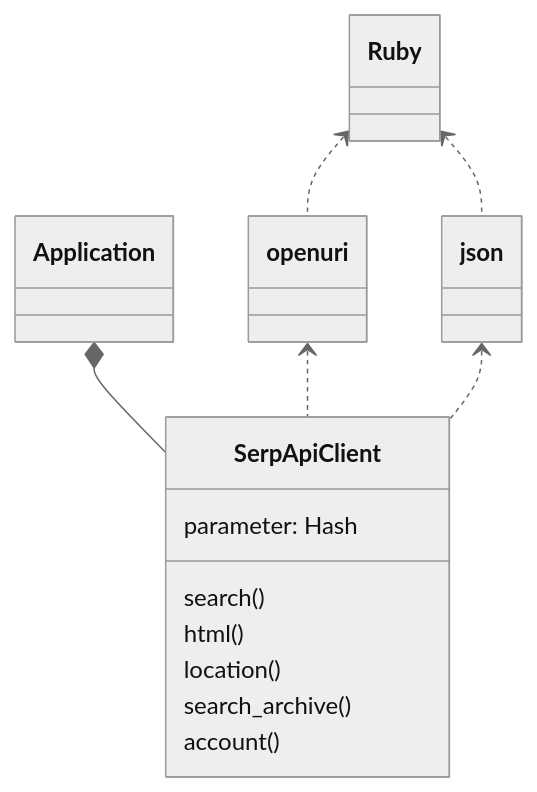
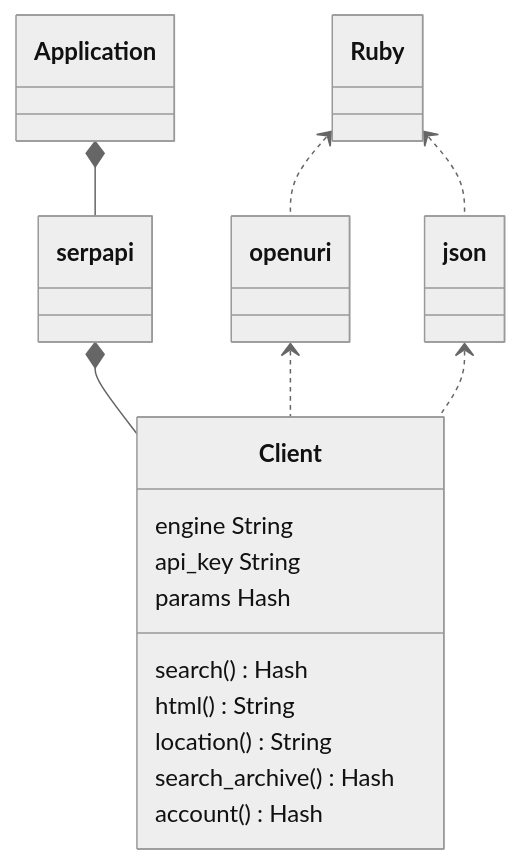
Before and after one commit to serpapi/serpapi-ruby: the first of 2 diagrams in README.md, drawn with Mermaid (neutral theme). The commit also changed other lines of this file and 8 other files, not shown here.

````diff
--- a/README.md
+++ b/README.md
@@ -537,16 +562,19 @@
 ```mermaid
 classDiagram
-  Application *-- SerpApiClient
-  class SerpApiClient {
-    parameter: Hash
-    search()
-    html()
-    location()
-    search_archive()
-    account()
+  Application *-- serpapi 
+  serpapi *-- Client
+  class Client {
+    engine String
+    api_key String
+    params Hash
+    search() Hash
+    html() String
+    location() String
+    search_archive() Hash
+    account() Hash
   }
-  openuri <.. SerpApiClient
-  json <.. SerpApiClient
+  openuri <.. Client
+  json <.. Client
   Ruby <.. openuri
   Ruby <.. json
 ```
````
